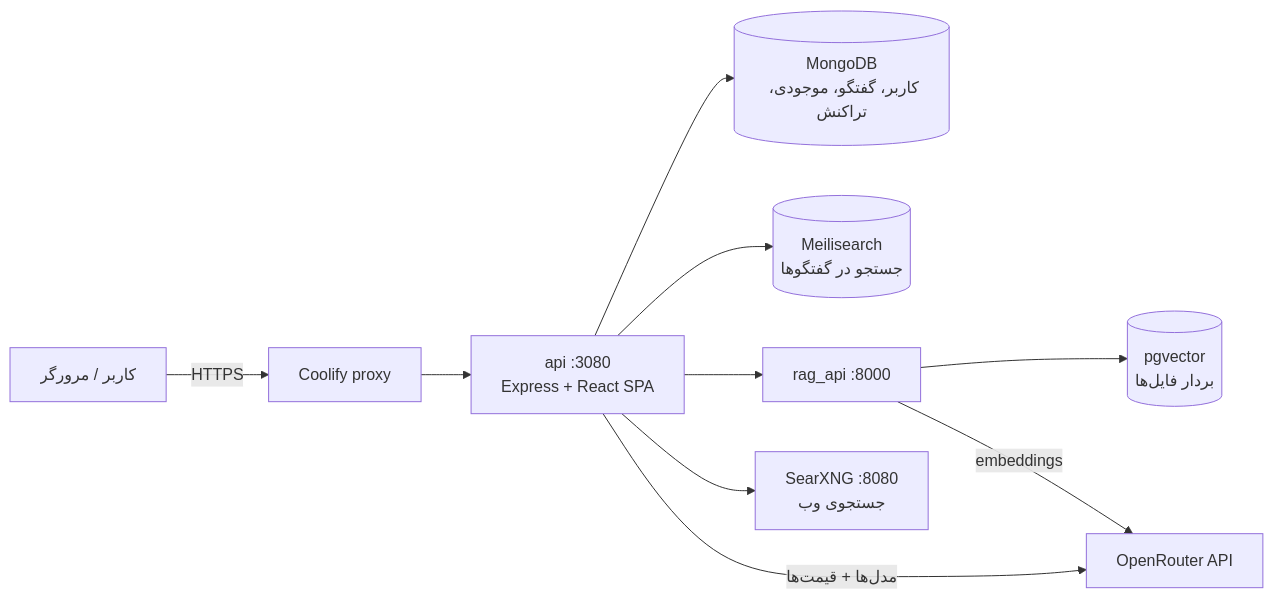
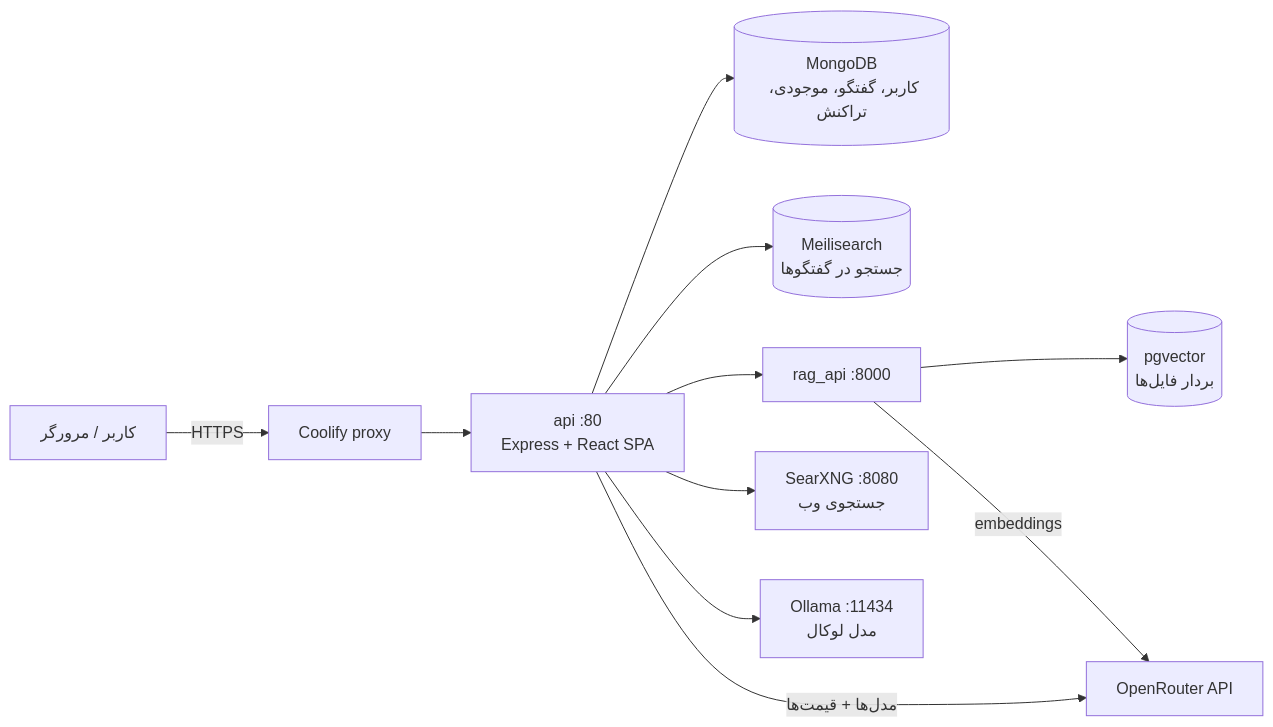
One commit to ast2019/LibreChat-MCP-RAG changed the diagram in docs/saas/SOFTWARE_MAP.md. Above: the diagram before and after it, drawn with Mermaid. The commit also changed other lines of this file, not shown here.

Commit message:
docs: software map shows api on port 80 and Ollama, links the architecture doc

````diff
--- a/docs/saas/SOFTWARE_MAP.md
+++ b/docs/saas/SOFTWARE_MAP.md
@@ -7,11 +9,12 @@
 ```mermaid
 flowchart LR
   U[کاربر / مرورگر] -->|HTTPS| P[Coolify proxy]
-  P --> API["api :3080<br/>Express + React SPA"]
+  P --> API["api :80<br/>Express + React SPA"]
   API --> M[(MongoDB<br/>کاربر، گفتگو، موجودی، تراکنش)]
   API --> MS[(Meilisearch<br/>جستجو در گفتگوها)]
   API --> R[rag_api :8000] --> V[(pgvector<br/>بردار فایل‌ها)]
   API --> S[SearXNG :8080<br/>جستجوی وب]
+  API --> OL[Ollama :11434<br/>مدل لوکال]
   API -->|مدل‌ها + قیمت‌ها| OR[OpenRouter API]
   R -->|embeddings| OR
 ```
````
